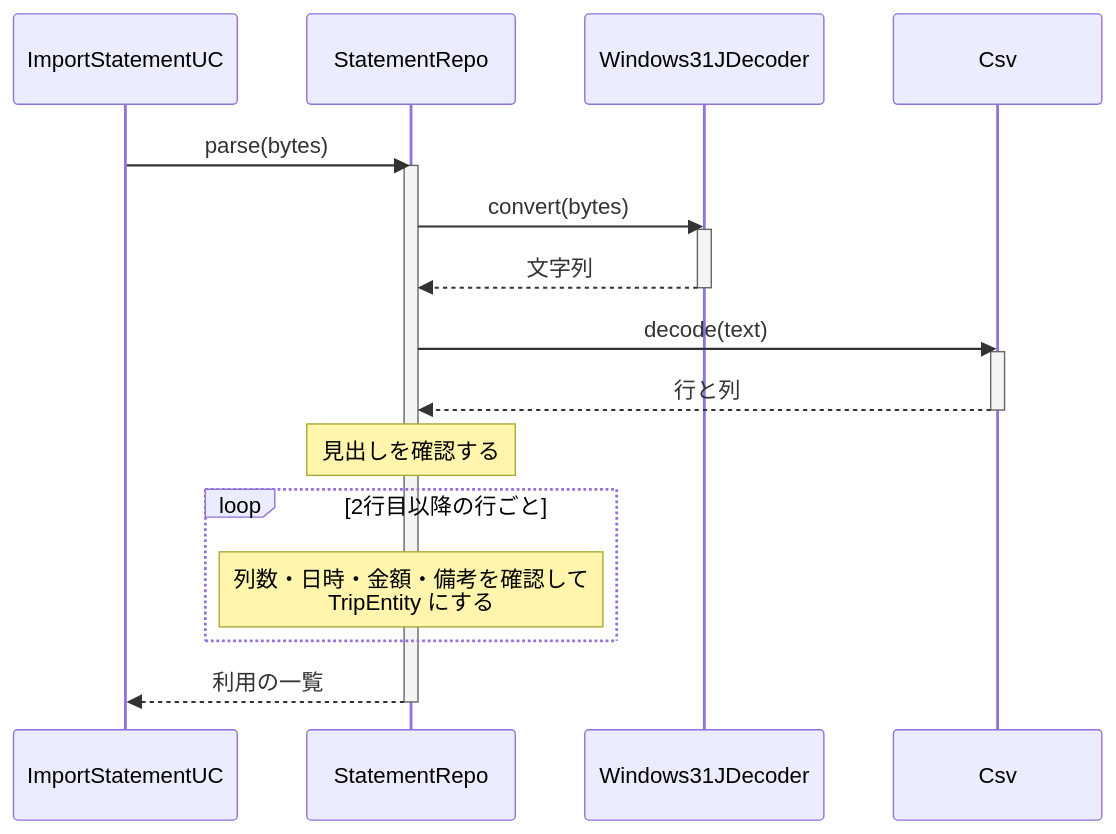
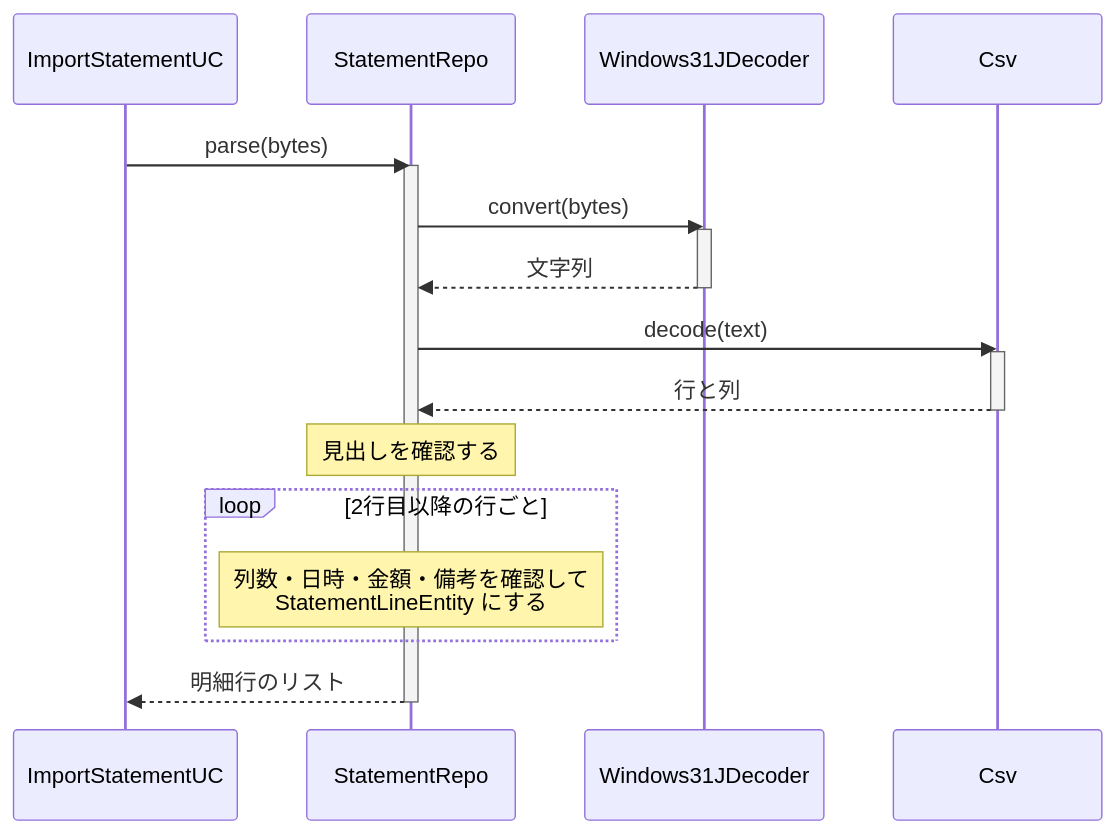
One commit to hnt1028/etc-meisai changed the diagram in docs/systems/processes/PRC-002-parse-statement.md. Above: the diagram before and after it, drawn with Mermaid. The commit also changed other lines of this file and 32 other files, not shown here.

````diff
--- a/docs/systems/processes/PRC-002-parse-statement.md
+++ b/docs/systems/processes/PRC-002-parse-statement.md
@@ -39,24 +41,24 @@
 ```mermaid
 sequenceDiagram
     participant UC as ImportStatementUC
     participant SR as StatementRepo
     participant DC as Windows31JDecoder
     participant CS as Csv
 
     UC->>SR: parse(bytes)
     activate SR
     SR->>DC: convert(bytes)
     activate DC
     DC-->>SR: 文字列
     deactivate DC
     SR->>CS: decode(text)
     activate CS
     CS-->>SR: 行と列
     deactivate CS
     Note over SR: 見出しを確認する
     loop 2行目以降の行ごと
-        Note over SR: 列数・日時・金額・備考を確認して<br/>TripEntity にする
+        Note over SR: 列数・日時・金額・備考を確認して<br/>StatementLineEntity にする
     end
-    SR-->>UC: 利用の一覧
+    SR-->>UC: 明細行のリスト
     deactivate SR
 ```
````
